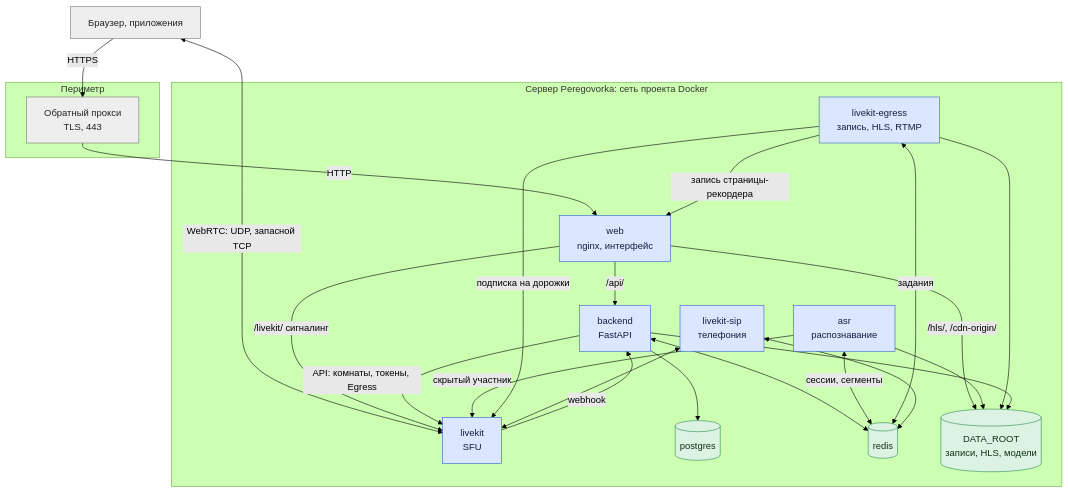
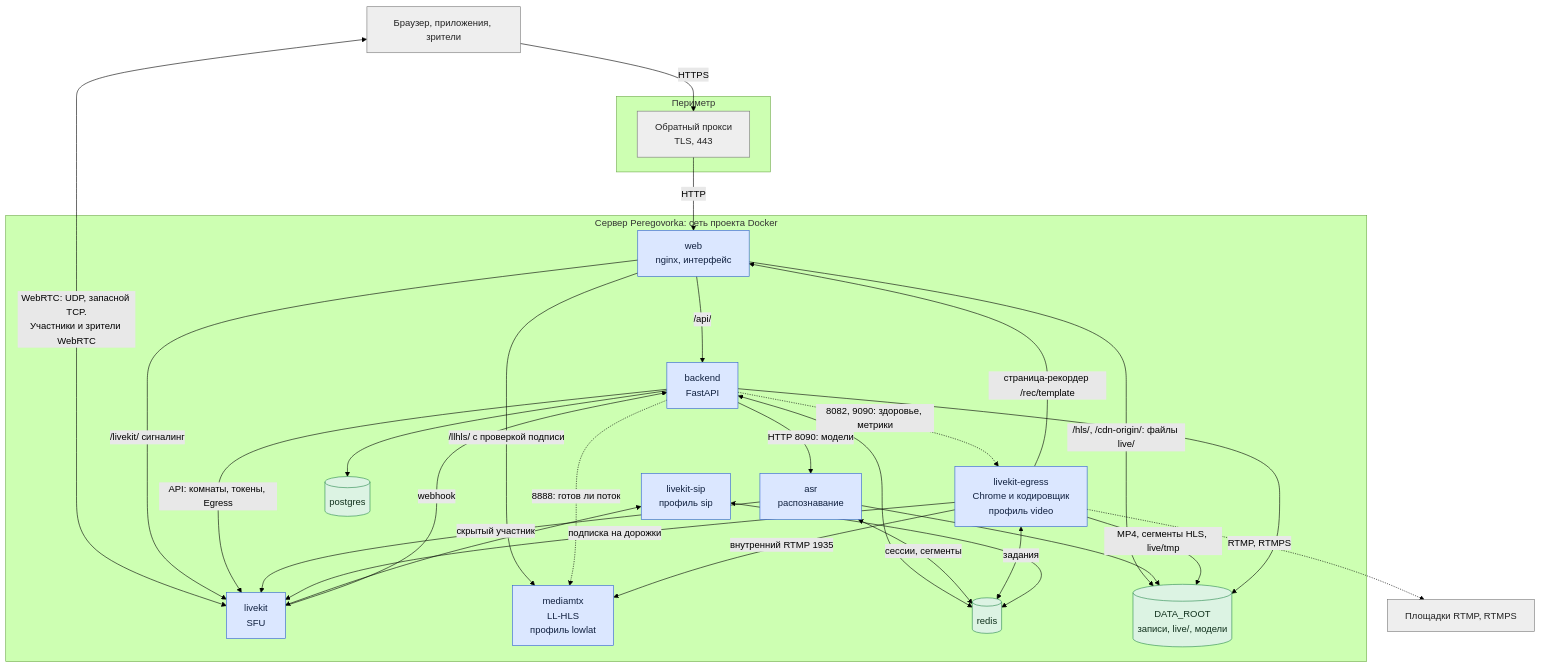
Before and after one commit to calleograph/peregovorka: the second of 2 diagrams in wiki/Архитектура-Контекст-и-контейнеры.md, drawn with Mermaid (forest theme). The commit also changed other lines of this file and 322 other files, not shown here.

````diff
--- a/wiki/Архитектура-Контекст-и-контейнеры.md
+++ b/wiki/Архитектура-Контекст-и-контейнеры.md
@@ -78,41 +78,49 @@
 ```mermaid
 flowchart TB
-  CL["Браузер, приложения"]:::ext
+  CL["Браузер, приложения, зрители"]:::ext
   subgraph P["Периметр"]
     RP["Обратный прокси<br/>TLS, 443"]:::ext
   end
   subgraph H["Сервер Peregovorka: сеть проекта Docker"]
     W["web<br/>nginx, интерфейс"]:::own
     B["backend<br/>FastAPI"]:::own
     LK["livekit<br/>SFU"]:::own
     A["asr<br/>распознавание"]:::own
-    E["livekit-egress<br/>запись, HLS, RTMP"]:::own
-    S["livekit-sip<br/>телефония"]:::own
+    E["livekit-egress<br/>Chrome и кодировщик<br/>профиль video"]:::own
+    M["mediamtx<br/>LL-HLS<br/>профиль lowlat"]:::own
+    S["livekit-sip<br/>профиль sip"]:::own
     PG[("postgres")]:::data
     R[("redis")]:::data
-    F[("DATA_ROOT<br/>записи, HLS, модели")]:::data
+    F[("DATA_ROOT<br/>записи, live/, модели")]:::data
   end
+  PL["Площадки RTMP, RTMPS"]:::ext
   CL -->|"HTTPS"| RP
   RP -->|"HTTP"| W
-  CL <-->|"WebRTC: UDP, запасной TCP"| LK
+  CL <-->|"WebRTC: UDP, запасной TCP.<br/>Участники и зрители WebRTC"| LK
   W -->|"/api/"| B
   W -->|"/livekit/ сигналинг"| LK
-  W -->|"/hls/, /cdn-origin/"| F
+  W -->|"/llhls/ с проверкой подписи"| M
+  W -->|"/hls/, /cdn-origin/: файлы live/"| F
   B --> PG
   B <--> R
   B -->|"API: комнаты, токены, Egress"| LK
   LK -->|"webhook"| B
+  B -->|"HTTP 8090: модели"| A
+  B -.->|"8888: готов ли поток"| M
+  B -.->|"8082, 9090: здоровье, метрики"| E
   A <-->|"сессии, сегменты"| R
   A -->|"скрытый участник"| LK
   A --> F
-  E -->|"запись страницы-рекордера"| W
+  E -->|"страница-рекордер /rec/template"| W
   E -->|"подписка на дорожки"| LK
   E <-->|"задания"| R
-  E --> F
+  E -->|"внутренний RTMP 1935"| M
+  E -->|"MP4, сегменты HLS, live/tmp"| F
+  E -.->|"RTMP, RTMPS"| PL
   S <--> LK
   S <--> R
   B --> F
   classDef own fill:#dbe7ff,stroke:#2f5fd0,color:#10203f
   classDef data fill:#dcf3e3,stroke:#2b8a4e,color:#10301c
   classDef ext fill:#eee,stroke:#777,color:#222
 ```
````
